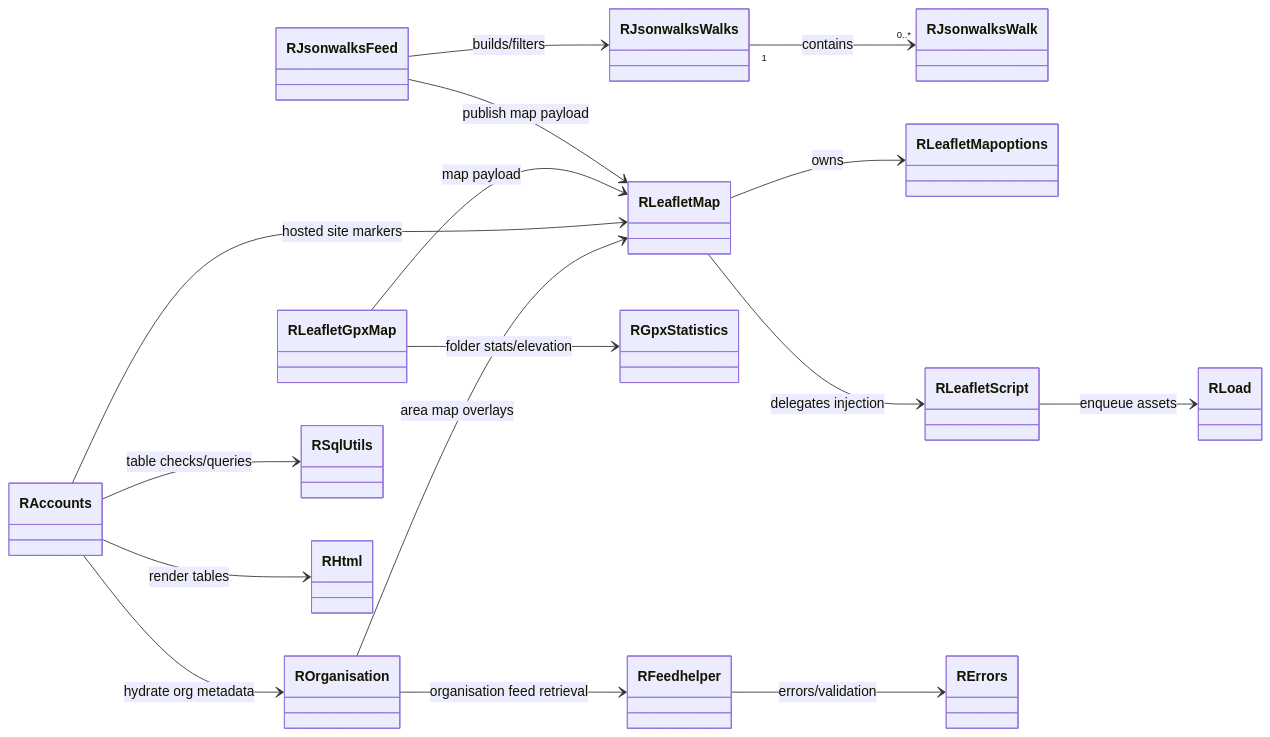
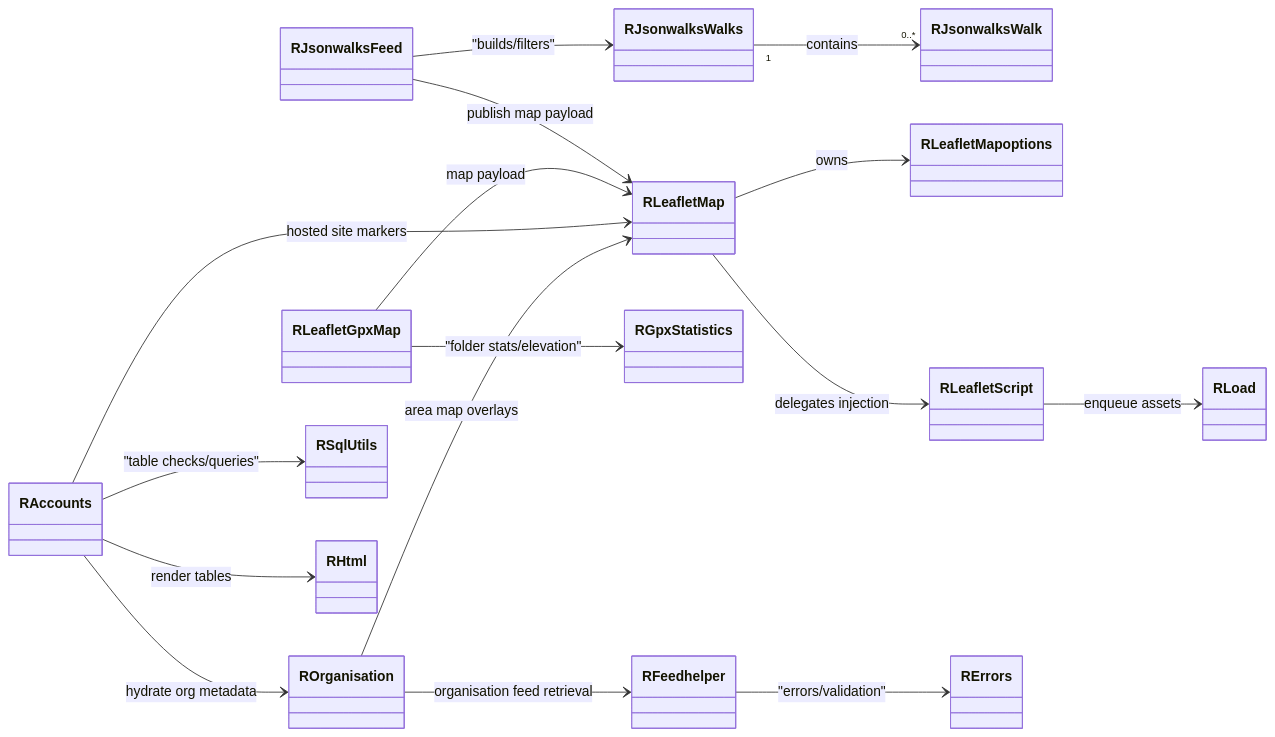
The seventh of 15 diagrams in architecture.md (pauljrhodes/ramblers-library), drawn with Mermaid before and after one commit. The commit also changed other lines of this file and 33 other files, not shown here.

Commit message:
Normalize Mermaid diagrams for GitHub rendering

````diff
--- a/architecture.md
+++ b/architecture.md
@@ -564,39 +564,39 @@
 ```mermaid
 classDiagram
 direction LR
 
 class RJsonwalksFeed
 class RJsonwalksWalks
 class RJsonwalksWalk
 
 class RLeafletMap
 class RLeafletMapoptions
 class RLeafletScript
 class RLoad
 class RLeafletGpxMap
 class RGpxStatistics
 
 class RFeedhelper
 class RErrors
 class ROrganisation
 class RAccounts
 class RSqlUtils
 class RHtml
 
-RJsonwalksFeed --> RJsonwalksWalks : builds/filters
+RJsonwalksFeed --> RJsonwalksWalks : "builds/filters"
 RJsonwalksWalks "1" --> "0..*" RJsonwalksWalk : contains
 RJsonwalksFeed --> RLeafletMap : publish map payload
 RLeafletMap --> RLeafletMapoptions : owns
 RLeafletMap --> RLeafletScript : delegates injection
 RLeafletScript --> RLoad : enqueue assets
-RLeafletGpxMap --> RGpxStatistics : folder stats/elevation
+RLeafletGpxMap --> RGpxStatistics : "folder stats/elevation"
 RLeafletGpxMap --> RLeafletMap : map payload
 
-RFeedhelper --> RErrors : errors/validation
+RFeedhelper --> RErrors : "errors/validation"
 ROrganisation --> RFeedhelper : organisation feed retrieval
 RAccounts --> ROrganisation : hydrate org metadata
-RAccounts --> RSqlUtils : table checks/queries
+RAccounts --> RSqlUtils : "table checks/queries"
 RAccounts --> RHtml : render tables
 RAccounts --> RLeafletMap : hosted site markers
 ROrganisation --> RLeafletMap : area map overlays
 ```
````
